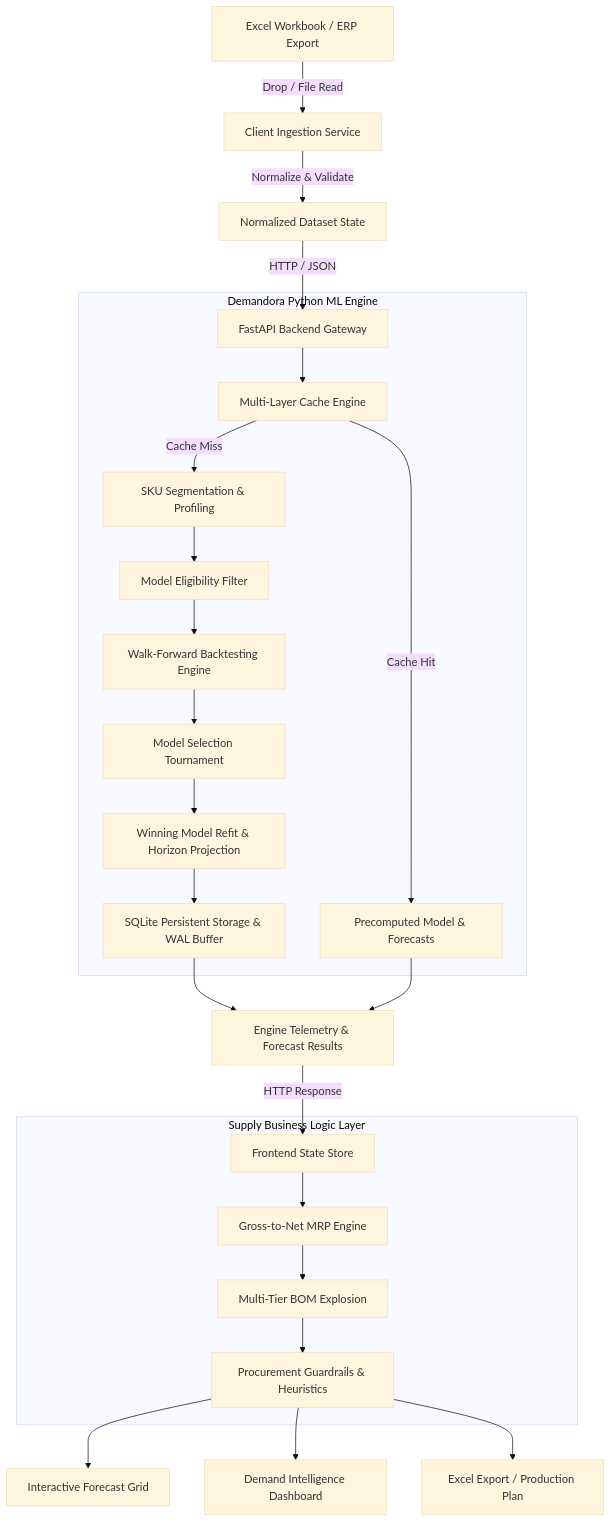
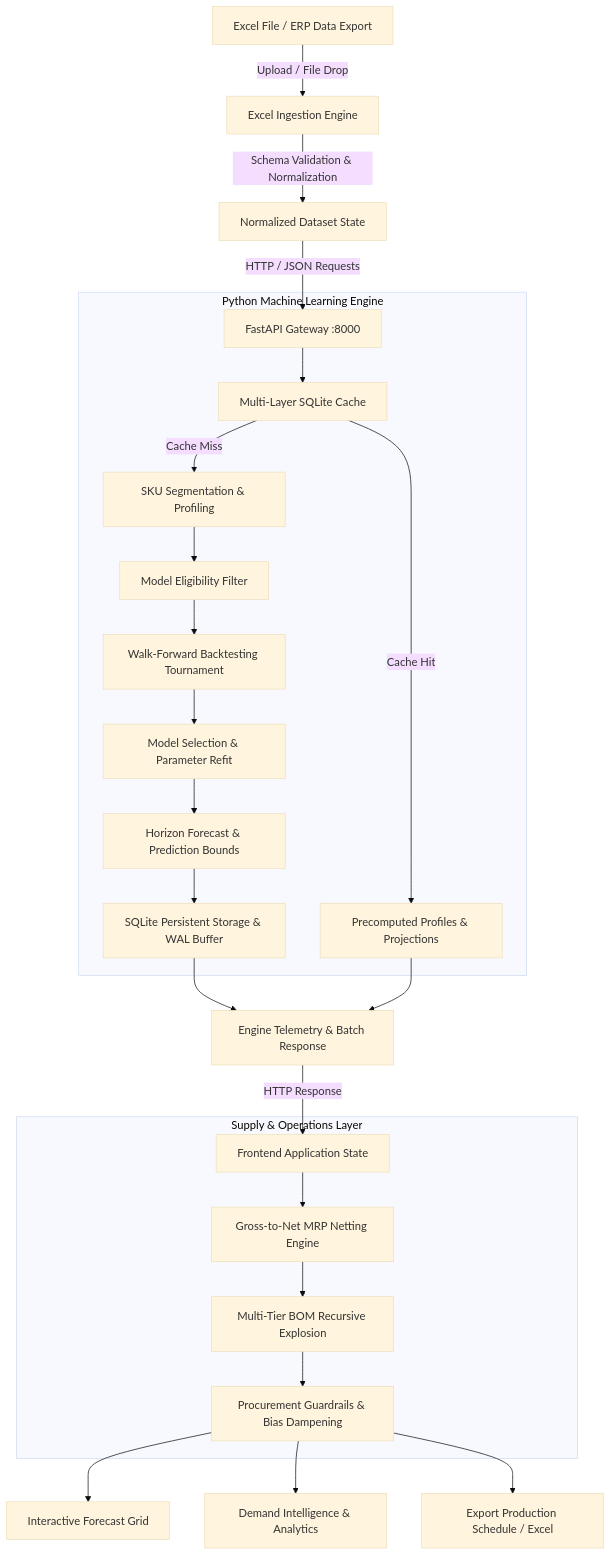
Before and after one commit to scody1/Demandora: the diagram in README.md, drawn with Mermaid (base theme). The commit also changed other lines of this file and 14 other files, not shown here.

````diff
--- a/README.md
+++ b/README.md
@@ -79,31 +66,31 @@
 ```mermaid
 graph TD
-    A[Excel Workbook / ERP Export] -->|Drop / File Read| B[Client Ingestion Service]
-    B -->|Normalize & Validate| C[Normalized Dataset State]
-    C -->|HTTP / JSON| D[FastAPI Backend Gateway]
+    A[Excel File / ERP Data Export] -->|Upload / File Drop| B[Excel Ingestion Engine]
+    B -->|Schema Validation & Normalization| C[Normalized Dataset State]
+    C -->|HTTP / JSON Requests| D[FastAPI Gateway :8000]
     
-    subgraph "Demandora Python ML Engine"
-        D --> E[Multi-Layer Cache Engine]
-        E -->|Cache Hit| F[Precomputed Model & Forecasts]
+    subgraph "Python Machine Learning Engine"
+        D --> E[Multi-Layer SQLite Cache]
+        E -->|Cache Hit| F[Precomputed Profiles & Projections]
         E -->|Cache Miss| G[SKU Segmentation & Profiling]
         G --> H[Model Eligibility Filter]
-        H --> I[Walk-Forward Backtesting Engine]
-        I --> J[Model Selection Tournament]
-        J --> K[Winning Model Refit & Horizon Projection]
+        H --> I[Walk-Forward Backtesting Tournament]
+        I --> J[Model Selection & Parameter Refit]
+        J --> K[Horizon Forecast & Prediction Bounds]
         K --> L[SQLite Persistent Storage & WAL Buffer]
     end
     
-    L --> M[Engine Telemetry & Forecast Results]
+    L --> M[Engine Telemetry & Batch Response]
     F --> M
-    M -->|HTTP Response| N[Frontend State Store]
+    M -->|HTTP Response| N[Frontend Application State]
     
-    subgraph "Supply Business Logic Layer"
-        N --> O[Gross-to-Net MRP Engine]
-        O --> P[Multi-Tier BOM Explosion]
-        P --> Q[Procurement Guardrails & Heuristics]
+    subgraph "Supply & Operations Layer"
+        N --> O[Gross-to-Net MRP Netting Engine]
+        O --> P[Multi-Tier BOM Recursive Explosion]
+        P --> Q[Procurement Guardrails & Bias Dampening]
     end
     
     Q --> R[Interactive Forecast Grid]
-    Q --> S[Demand Intelligence Dashboard]
-    Q --> T[Excel Export / Production Plan]
+    Q --> S[Demand Intelligence & Analytics]
+    Q --> T[Export Production Schedule / Excel]
 ```
````
